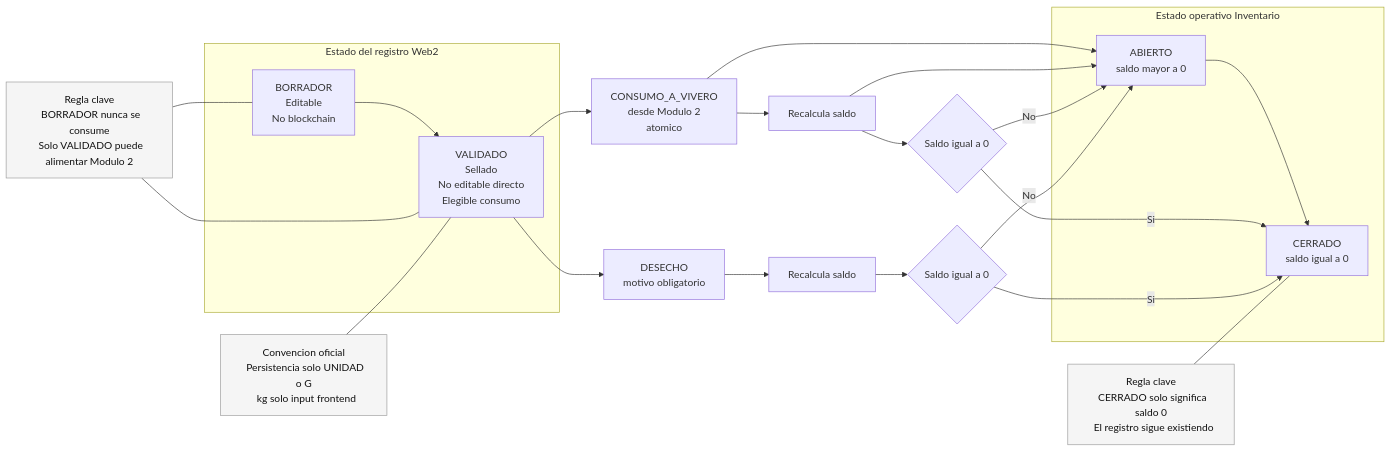
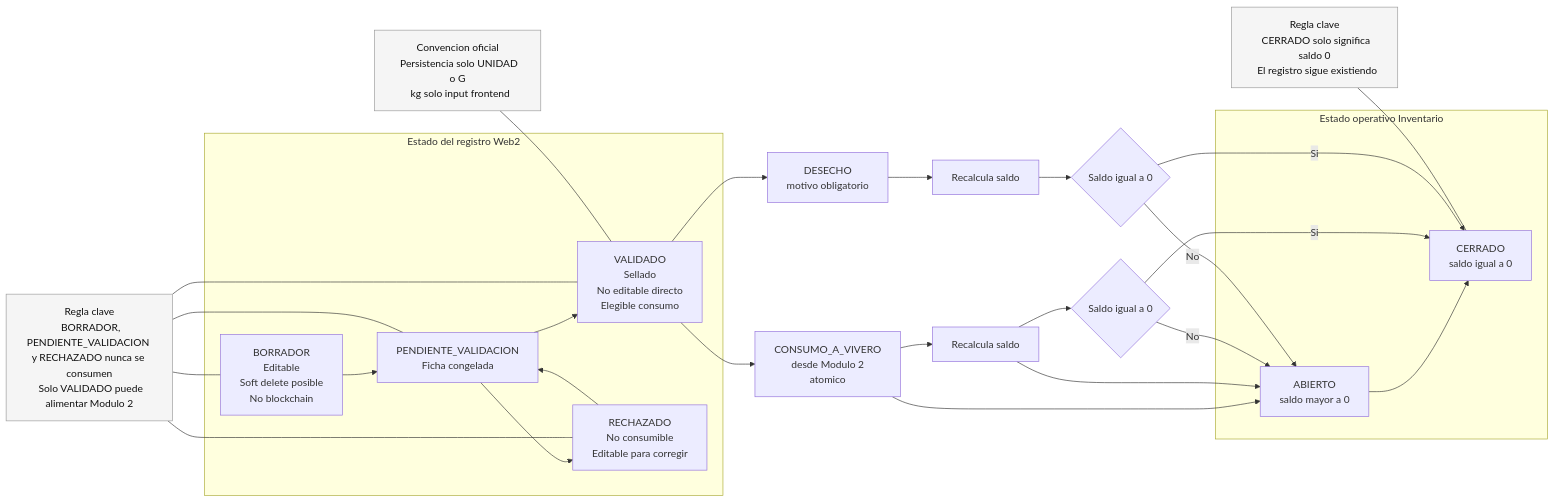
Before and after one commit to R3foresta/r3foresta-docs: the fourth of 4 diagrams in recoleccion-module/03_procesos_diagrama.md, drawn with Mermaid. The commit also changed other lines of this file and 5 other files, not shown here.

````diff
--- a/recoleccion-module/03_procesos_diagrama.md
+++ b/recoleccion-module/03_procesos_diagrama.md
@@ -202,59 +232,68 @@
 ```mermaid id="maquina_estados_m1"
 flowchart LR
   %% =========================
   %% DIMENSION 1: ESTADO DEL REGISTRO (WEB2)
   %% =========================
   subgraph R[Estado del registro Web2]
     r0[BORRADOR
     Editable
-    No blockchain] --> r1[VALIDADO
+    Soft delete posible
+    No blockchain] --> r05[PENDIENTE_VALIDACION
+    Ficha congelada]
+    r05 --> r1[VALIDADO
     Sellado
     No editable directo
     Elegible consumo]
+    r05 --> r2[RECHAZADO
+    No consumible
+    Editable para corregir]
+    r2 --> r05
   end
 
   %% =========================
   %% DIMENSION 2: ESTADO OPERATIVO (INVENTARIO)
   %% =========================
   subgraph O[Estado operativo Inventario]
     o0[ABIERTO
     saldo mayor a 0] --> o1[CERRADO
     saldo igual a 0]
   end
 
   %% =========================
   %% TRANSICIONES QUE AFECTAN INVENTARIO (EVENTOS)
   %% =========================
   r1 --> c1[CONSUMO_A_VIVERO
   desde Modulo 2
   atomico] --> o0
   c1 --> t1[Recalcula saldo] --> o0
   t1 --> z1{Saldo igual a 0}
   z1 -- Si --> o1
   z1 -- No --> o0
 
   r1 --> d1[DESECHO
   motivo obligatorio] --> t2[Recalcula saldo] --> z2{Saldo igual a 0}
   z2 -- Si --> o1
   z2 -- No --> o0
 
   %% =========================
   %% REGLAS CLAVE
   %% =========================
   note1[Regla clave
-  BORRADOR nunca se consume
+  BORRADOR, PENDIENTE_VALIDACION y RECHAZADO nunca se consumen
   Solo VALIDADO puede alimentar Modulo 2]:::note
   note2[Regla clave
   CERRADO solo significa saldo 0
   El registro sigue existiendo]:::note
   note3[Convencion oficial
   Persistencia solo UNIDAD o G
   kg solo input frontend]:::note
 
   note1 --- r0
+  note1 --- r05
   note1 --- r1
+  note1 --- r2
   note2 --- o1
   note3 --- r1
 
   classDef note fill:#f5f5f5,stroke:#999,stroke-width:1px,color:#111;
 ```
````
